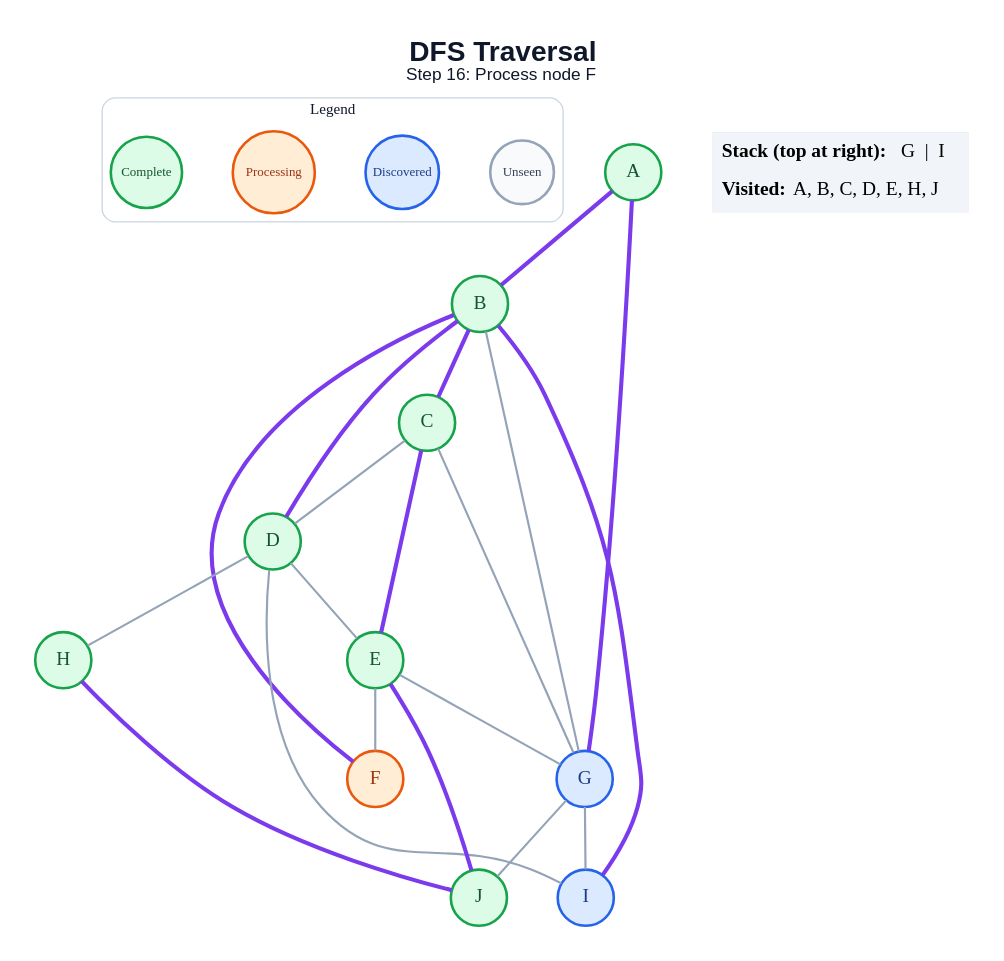
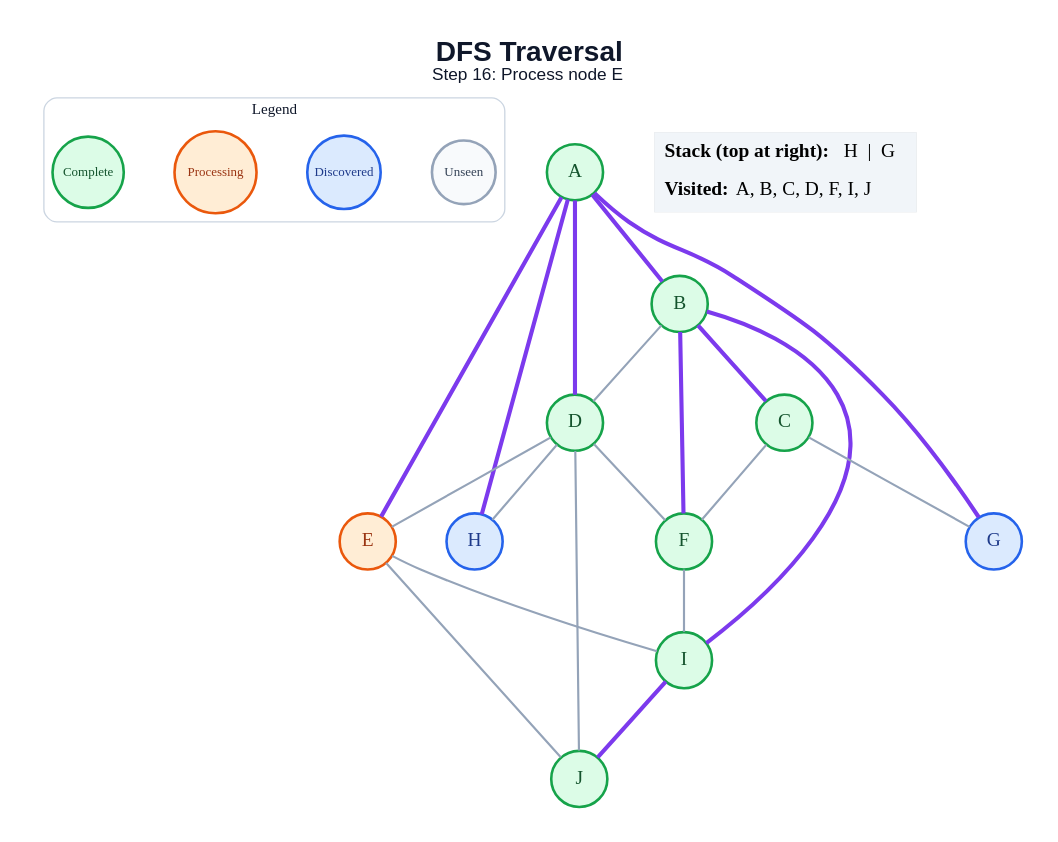
The diagram in generated/dfs/step_16.dot (anon7238593-create/ai-slop), drawn with Graphviz before and after one commit. The commit also changed 171 other files, not shown here.

```diff
--- a/generated/dfs/step_16.dot
+++ b/generated/dfs/step_16.dot
@@ -1,48 +1,48 @@
 graph traversal {
   graph [layout=dot, rankdir=TB, bgcolor="#FFFFFF", pad="0.35", nodesep="0.65", ranksep="0.8", fontname="Arial"];
   node [shape=circle, style="filled", fontname="Arial Bold", fontsize=18, width=0.72, fixedsize=true, penwidth=2.4];
   edge [color="#94A3B8", penwidth=2.0];
-  label=<<B>DFS Traversal</B><BR/><FONT POINT-SIZE="16">Step 16: Process node F</FONT>>; labelloc="t"; fontsize=26; fontname="Arial"; fontcolor="#0F172A";
+  label=<<B>DFS Traversal</B><BR/><FONT POINT-SIZE="16">Step 16: Process node E</FONT>>; labelloc="t"; fontsize=26; fontname="Arial"; fontcolor="#0F172A";
   subgraph cluster_legend { label="Legend"; color="#CBD5E1"; penwidth=1.2; style="rounded"; fontsize=14; fontname="Arial Bold";
     key_unseen [label="Unseen", fillcolor="#F8FAFC", color="#94A3B8", fontcolor="#334155", fontsize=12, width=0.82];
     key_frontier [label="Discovered", fillcolor="#DBEAFE", color="#2563EB", fontcolor="#1E3A8A", fontsize=12, width=0.95];
     key_current [label="Processing", fillcolor="#FFEDD5", color="#EA580C", fontcolor="#9A3412", fontsize=12, width=1.05];
     key_done [label="Complete", fillcolor="#DCFCE7", color="#16A34A", fontcolor="#14532D", fontsize=12, width=0.92];
     { rank=same; key_unseen; key_frontier; key_current; key_done; }
   }
   A [fillcolor="#DCFCE7", color="#16A34A", fontcolor="#14532D"];
   B [fillcolor="#DCFCE7", color="#16A34A", fontcolor="#14532D"];
   C [fillcolor="#DCFCE7", color="#16A34A", fontcolor="#14532D"];
   D [fillcolor="#DCFCE7", color="#16A34A", fontcolor="#14532D"];
-  E [fillcolor="#DCFCE7", color="#16A34A", fontcolor="#14532D"];
-  F [fillcolor="#FFEDD5", color="#EA580C", fontcolor="#9A3412"];
+  E [fillcolor="#FFEDD5", color="#EA580C", fontcolor="#9A3412"];
+  F [fillcolor="#DCFCE7", color="#16A34A", fontcolor="#14532D"];
   G [fillcolor="#DBEAFE", color="#2563EB", fontcolor="#1E3A8A"];
-  H [fillcolor="#DCFCE7", color="#16A34A", fontcolor="#14532D"];
-  I [fillcolor="#DBEAFE", color="#2563EB", fontcolor="#1E3A8A"];
+  H [fillcolor="#DBEAFE", color="#2563EB", fontcolor="#1E3A8A"];
+  I [fillcolor="#DCFCE7", color="#16A34A", fontcolor="#14532D"];
   J [fillcolor="#DCFCE7", color="#16A34A", fontcolor="#14532D"];
   A -- B [color="#7C3AED", penwidth=3.8];
+  A -- D [color="#7C3AED", penwidth=3.8];
+  A -- E [color="#7C3AED", penwidth=3.8];
   A -- G [color="#7C3AED", penwidth=3.8];
+  A -- H [color="#7C3AED", penwidth=3.8];
   B -- C [color="#7C3AED", penwidth=3.8];
-  B -- D [color="#7C3AED", penwidth=3.8];
+  B -- D;
   B -- F [color="#7C3AED", penwidth=3.8];
-  B -- G;
   B -- I [color="#7C3AED", penwidth=3.8];
-  C -- D;
-  C -- E [color="#7C3AED", penwidth=3.8];
+  C -- F;
   C -- G;
   D -- E;
+  D -- F;
   D -- H;
-  D -- I;
-  E -- F;
-  E -- G;
-  E -- J [color="#7C3AED", penwidth=3.8];
-  G -- I;
-  G -- J;
-  H -- J [color="#7C3AED", penwidth=3.8];
+  D -- J;
+  E -- I;
+  E -- J;
+  F -- I;
+  I -- J [color="#7C3AED", penwidth=3.8];
   status [shape=plain, fixedsize=false, width=0, height=0, margin=0, label=<
     <TABLE BORDER="0" CELLBORDER="0" CELLPADDING="7" BGCOLOR="#F1F5F9">
-      <TR><TD ALIGN="LEFT"><B>Stack (top at right):</B> G  |  I</TD></TR>
-      <TR><TD ALIGN="LEFT"><B>Visited:</B> A, B, C, D, E, H, J</TD></TR>
+      <TR><TD ALIGN="LEFT"><B>Stack (top at right):</B> H  |  G</TD></TR>
+      <TR><TD ALIGN="LEFT"><B>Visited:</B> A, B, C, D, F, I, J</TD></TR>
     </TABLE>
   >];
 }
```
